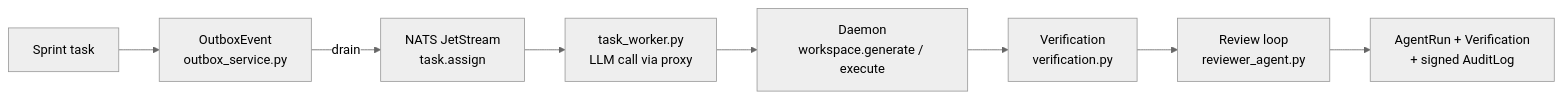
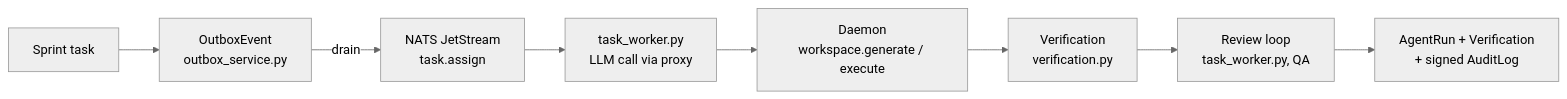
Before and after one commit to careb36/la-fabrique: the third of 3 diagrams in la-fabrique/ARCHITECTURE.md, drawn with Mermaid (neutral theme). The commit also changed other lines of this file and 32 other files, not shown here.

````diff
--- a/la-fabrique/ARCHITECTURE.md
+++ b/la-fabrique/ARCHITECTURE.md
@@ -107,10 +108,10 @@
 ```mermaid
 flowchart LR
     A[Sprint task] --> B[OutboxEvent<br/>outbox_service.py]
     B -->|drain| C[NATS JetStream<br/>task.assign]
     C --> D[task_worker.py<br/>LLM call via proxy]
     D --> E[Daemon<br/>workspace.generate / execute]
     E --> F[Verification<br/>verification.py]
-    F --> G[Review loop<br/>reviewer_agent.py]
+    F --> G[Review loop<br/>task_worker.py, QA]
     G --> H[AgentRun + Verification<br/>+ signed AuditLog]
 ```
````
